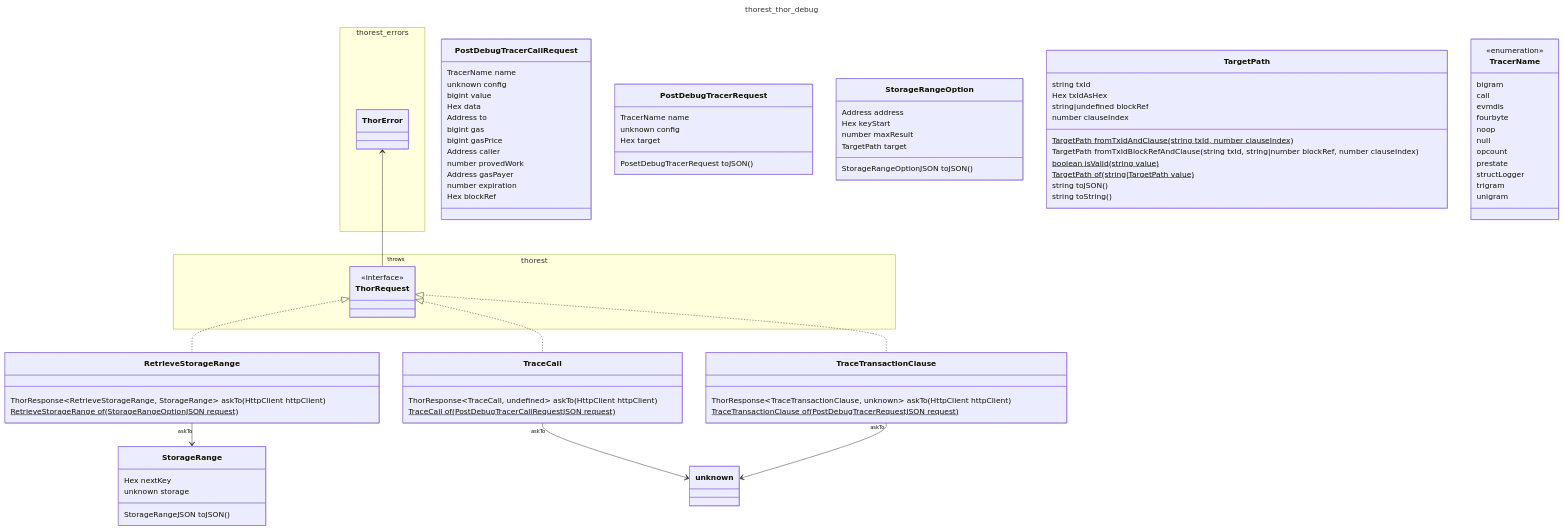
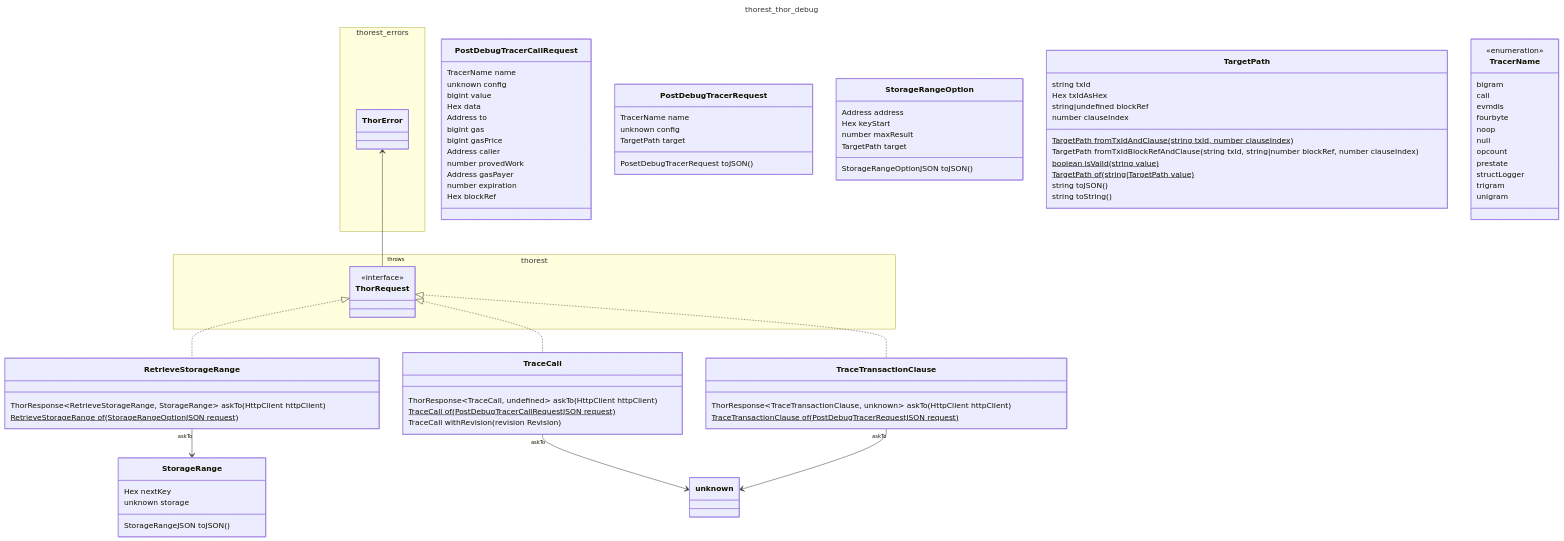
The diagram in docs/thorest/thor/debug/debug.mmd (vechain/vechain-sdk-js), drawn with Mermaid before and after one commit. The commit also changed 15 other files, not shown here.

```diff
--- a/docs/thorest/thor/debug/debug.mmd
+++ b/docs/thorest/thor/debug/debug.mmd
@@ -1,90 +1,91 @@
 ---
 title: thorest_thor_debug
 ---
 classDiagram
     namespace thorest {
         class ThorRequest {
             <<interface>>
         }
     }
     namespace thorest_errors {
         class ThorError
     }
     class PostDebugTracerCallRequest {
         TracerName name
         unknown config
         bigint value
         Hex data
         Address to
         bigint gas
         bigint gasPrice
         Address caller
         number provedWork
         Address gasPayer
         number expiration
         Hex blockRef
     }
     class PostDebugTracerRequest {
         TracerName name
         unknown config
-        Hex target
+        TargetPath target
         PosetDebugTracerRequest toJSON()
     }
     class RetrieveStorageRange {
         ThorResponse~RetrieveStorageRange, StorageRange~ askTo(HttpClient httpClient)
         RetrieveStorageRange of(StorageRangeOptionJSON request)$
     }
     class StorageRangeOption {
         Address address
         Hex keyStart
         number maxResult
         TargetPath target
         StorageRangeOptionJSON toJSON()
     }
     class StorageRange {
         Hex nextKey
         unknown storage
         StorageRangeJSON toJSON()
     }
     class TargetPath {
         string txId
         Hex txIdAsHex
         string|undefined blockRef
         number clauseIndex
         TargetPath fromTxIdAndClause(string txId, number clauseIndex)$
         TargetPath fromTxIdBlockRefAndClause(string txId, string|number blockRef, number clauseIndex)
         boolean isValid(string value)$
         TargetPath of(string|TargetPath value)$
         string toJSON()
         string toString()
 
     }
     class TraceCall {
         ThorResponse~TraceCall, undefined~ askTo(HttpClient httpClient)
         TraceCall of(PostDebugTracerCallRequestJSON request)$
+        TraceCall withRevision(revision Revision)
     }
     class TracerName {
         <<enumeration>>
         bigram
         call
         evmdis
         fourbyte
         noop
         null
         opcount
         prestate
         structLogger
         trigram
         unigram
     }
     class TraceTransactionClause {
         ThorResponse~TraceTransactionClause, unknown~ askTo(HttpClient httpClient)
         TraceTransactionClause of(PostDebugTracerRequestJSON request)$
     }
     ThorRequest <|.. RetrieveStorageRange
     ThorRequest <|.. TraceCall
     ThorRequest <|.. TraceTransactionClause
     RetrieveStorageRange "askTo" --> StorageRange
     TraceCall "askTo" --> unknown
     TraceTransactionClause "askTo" --> unknown
     ThorError <-- "throws" ThorRequest
```
